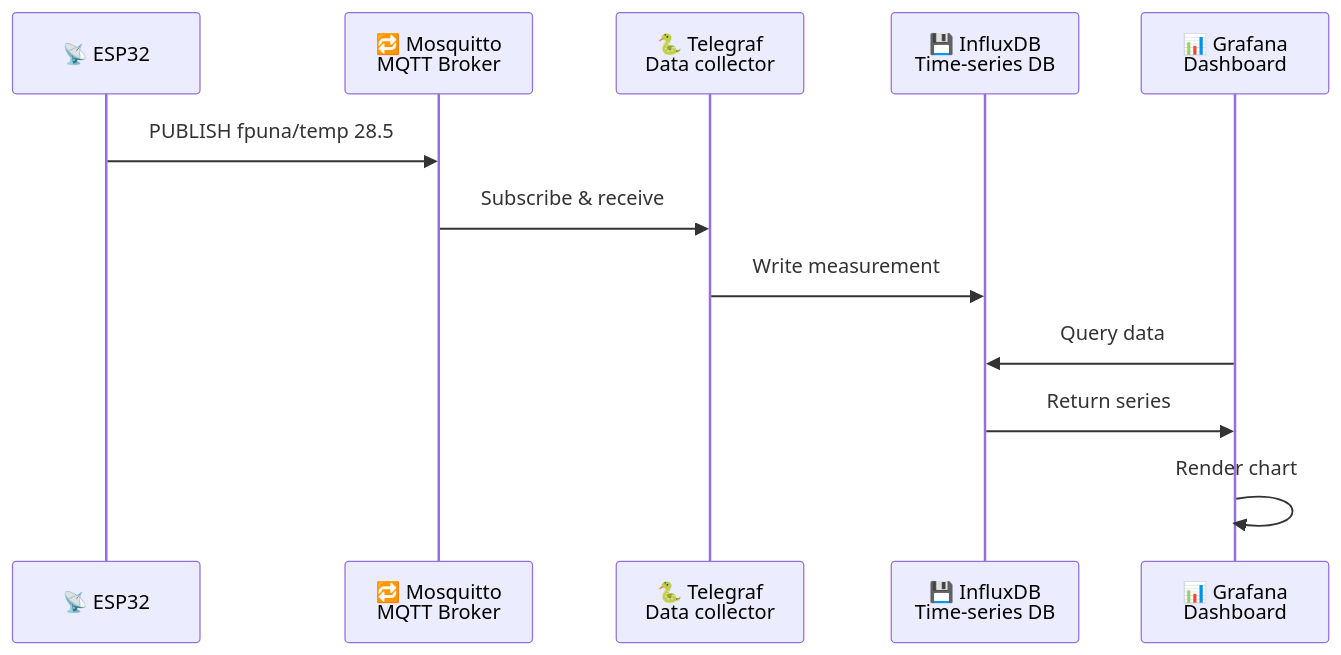
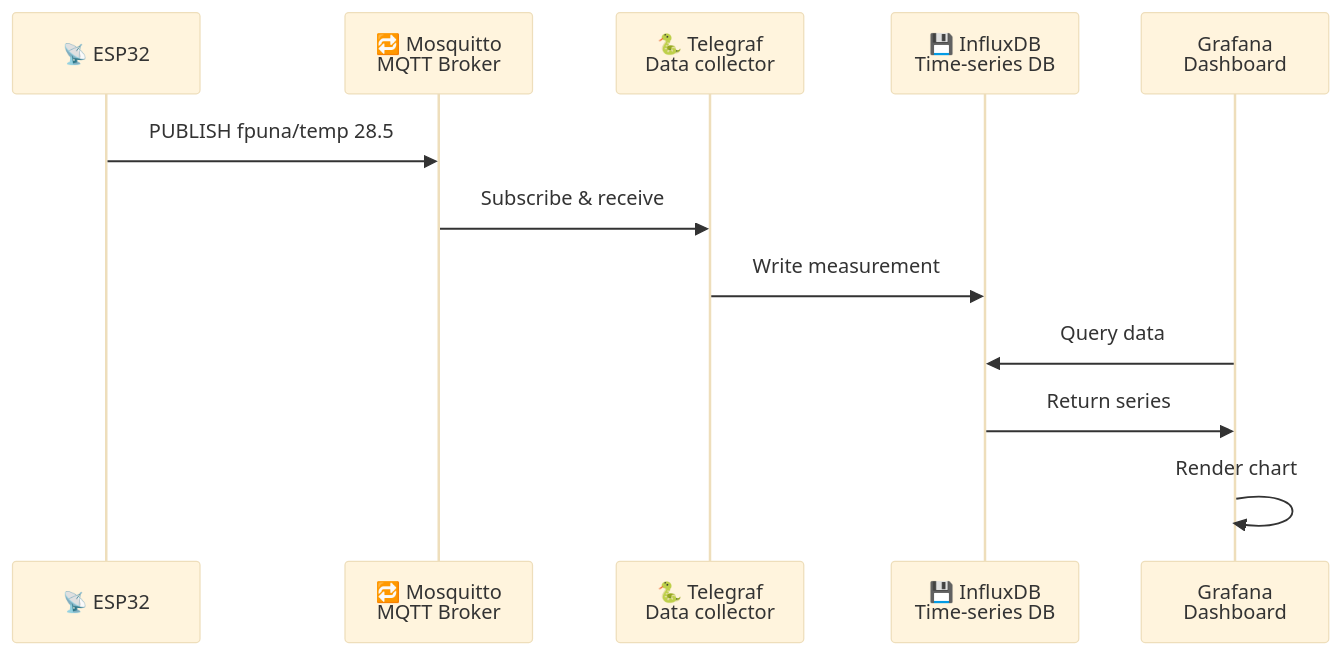
Diagram 11 of 14 in courses/🟡-development/FPUNA-2026/02-ELECTRONICA-AUTOMATIZACION/05-iot-visualizacion-datos.md (Ai-Whisperers/Courses-Content), drawn with Mermaid before and after one commit. The commit also changed other lines of this file and 47 other files, not shown here.

First line of the commit message:
fix: Make all 473 diagrams WCAG AAA accessible (FPUNA-2026)

````diff
--- a/courses/🟡-development/FPUNA-2026/02-ELECTRONICA-AUTOMATIZACION/05-iot-visualizacion-datos.md
+++ b/courses/🟡-development/FPUNA-2026/02-ELECTRONICA-AUTOMATIZACION/05-iot-visualizacion-datos.md
@@ -642,15 +652,16 @@
 ```mermaid
+%%{init: {'theme':'base', 'themeVariables': {'fontSize':'18px'}}}%%
 sequenceDiagram
     participant E as 📡 ESP32
     participant M as 🔁 Mosquitto<br/>MQTT Broker
     participant T as 🐍 Telegraf<br/>Data collector
     participant I as 💾 InfluxDB<br/>Time-series DB
-    participant G as 📊 Grafana<br/>Dashboard
+    participant G as Grafana<br/>Dashboard
     
     E->>M: PUBLISH fpuna/temp 28.5
     M->>T: Subscribe & receive
     T->>I: Write measurement
     G->>I: Query data
     I->>G: Return series
     G->>G: Render chart
 ```
````
